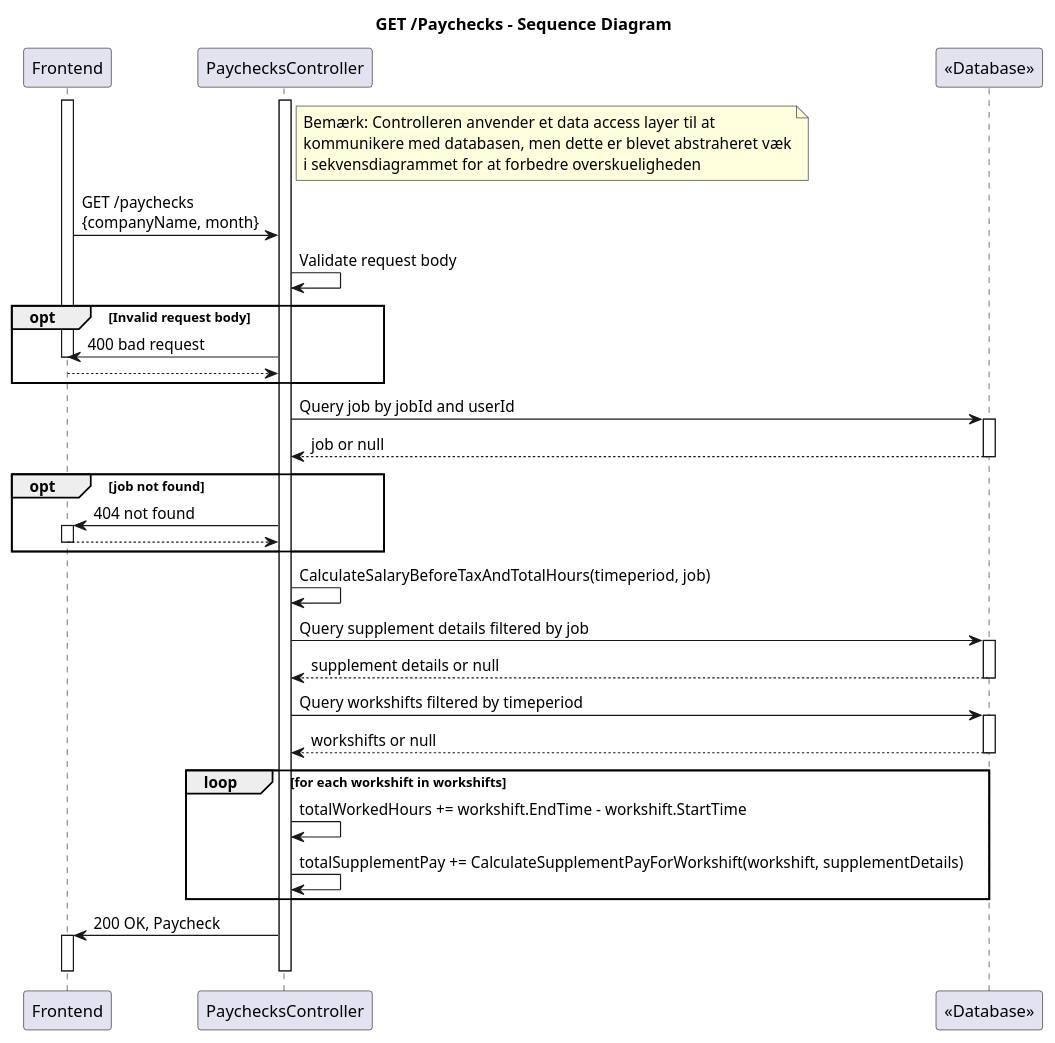
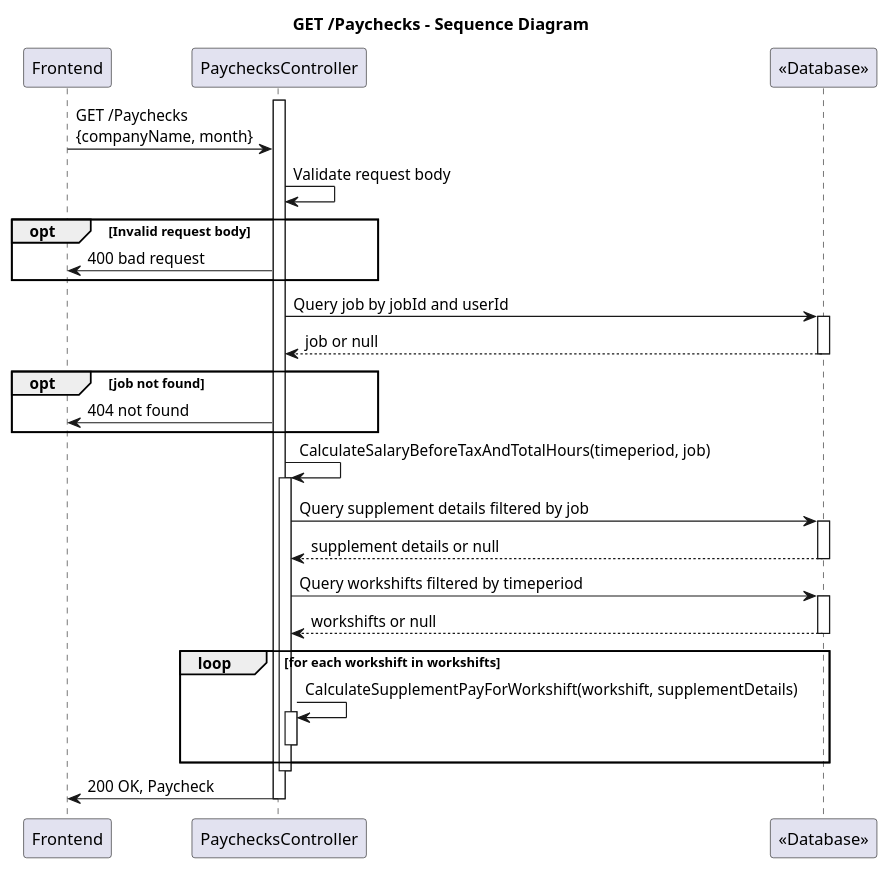
One commit to a-chiha/FinanceTrackerBackend changed the diagram in diagrams/backend/generatePayCheckSeq.puml. Above: the diagram before and after it, drawn with PlantUML. The commit also changed 4 other files, not shown here.

```diff
--- a/diagrams/backend/generatePayCheckSeq.puml
+++ b/diagrams/backend/generatePayCheckSeq.puml
@@ -1,65 +1,55 @@
 @startuml
-note right of PaychecksController
-  Bemærk: Controlleren anvender et data access layer til at
-  kommunikere med databasen, men dette er blevet abstraheret væk
-  i sekvensdiagrammet for at forbedre overskueligheden
-end note
 
 title GET /Paychecks - Sequence Diagram
 
 participant "Frontend" as Frontend
 participant "PaychecksController" as PaychecksController
 
 participant "<<Database>>" as Database
 
-activate Frontend
 activate PaychecksController
 
-Frontend -> PaychecksController: GET /paychecks\n{companyName, month}
+Frontend -> PaychecksController: GET /Paychecks\n{companyName, month}
+
 PaychecksController -> PaychecksController: Validate request body
 opt Invalid request body
     PaychecksController -> Frontend: 400 bad request
-   
-    deactivate Frontend
-    return
+
 end
 
 PaychecksController -> Database: Query job by jobId and userId
 activate Database
 Database --> PaychecksController: job or null
 deactivate Database
 opt job not found
     PaychecksController -> Frontend: 404 not found
-activate Frontend
-   
-    return
-    deactivate Frontend
+
 end
 
 PaychecksController -> PaychecksController: CalculateSalaryBeforeTaxAndTotalHours(timeperiod, job)
-
+activate PaychecksController
 PaychecksController -> Database: Query supplement details filtered by job
 activate Database
 Database --> PaychecksController: supplement details or null
 deactivate Database
 
 PaychecksController -> Database: Query workshifts filtered by timeperiod
 activate Database
 Database --> PaychecksController: workshifts or null
 deactivate Database
 
 
 loop for each workshift in workshifts
-    PaychecksController -> PaychecksController: totalWorkedHours += workshift.EndTime - workshift.StartTime
-    PaychecksController -> PaychecksController: totalSupplementPay += CalculateSupplementPayForWorkshift(workshift, supplementDetails)
+    
+    PaychecksController -> PaychecksController: CalculateSupplementPayForWorkshift(workshift, supplementDetails)
+    activate PaychecksController
+    deactivate PaychecksController
 end
 
-
+deactivate PaychecksController
 PaychecksController -> Frontend: 200 OK, Paycheck
-activate Frontend
-deactivate Frontend
 
 deactivate PaychecksController
-deactivate Frontend
+
 
 @enduml
```
